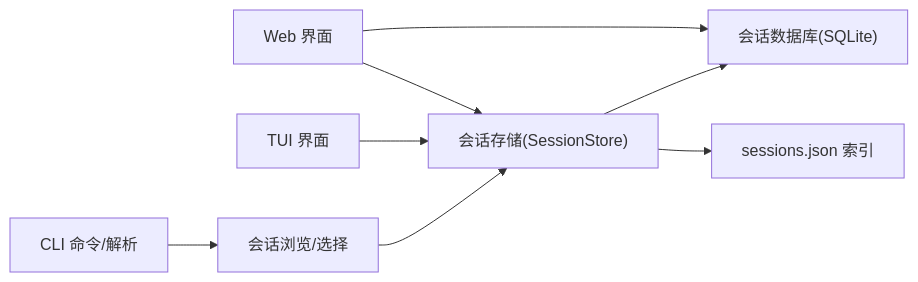
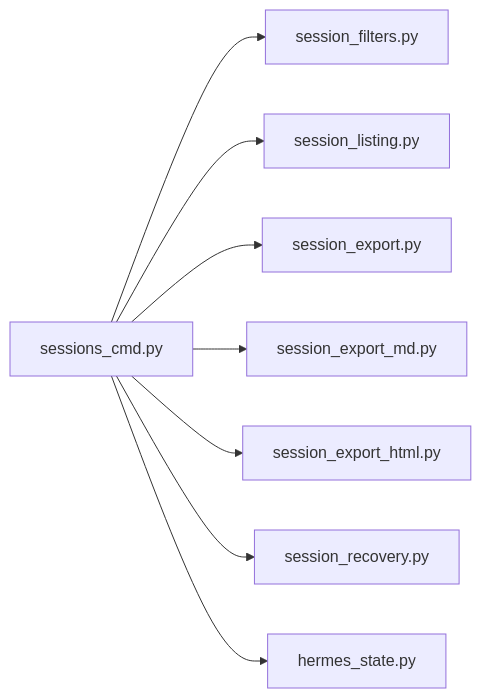
One commit to haolange/hermes-agent changed the seventh of 7 diagrams in .qoder/repowiki/zh/content/命令行界面/会话管理.md. Above: the diagram before and after it, drawn with Mermaid. The commit also changed other lines of this file and 1206 other files, not shown here.

````diff
--- a/.qoder/repowiki/zh/content/命令行界面/会话管理.md
+++ b/.qoder/repowiki/zh/content/命令行界面/会话管理.md
@@ -373,10 +269,10 @@
 ```mermaid
 graph LR
-CLI["CLI 命令/解析"] --> Browse["会话浏览/选择"]
-Browse --> Store["会话存储(SessionStore)"]
-Store --> DB["会话数据库(SQLite)"]
-Store --> Index["sessions.json 索引"]
-TUI["TUI 界面"] --> Store
-WEB["Web 界面"] --> DB
-WEB --> Store
+SC["sessions_cmd.py"] --> SF["session_filters.py"]
+SC --> SL["session_listing.py"]
+SC --> SE["session_export.py"]
+SC --> SEMD["session_export_md.py"]
+SC --> SEH["session_export_html.py"]
+SC --> SR["session_recovery.py"]
+SC --> HS["hermes_state.py"]
 ```
````
